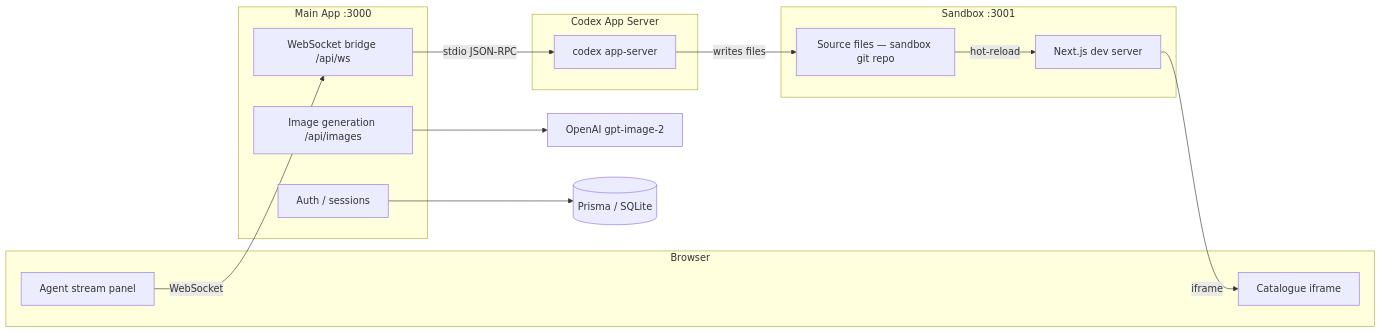
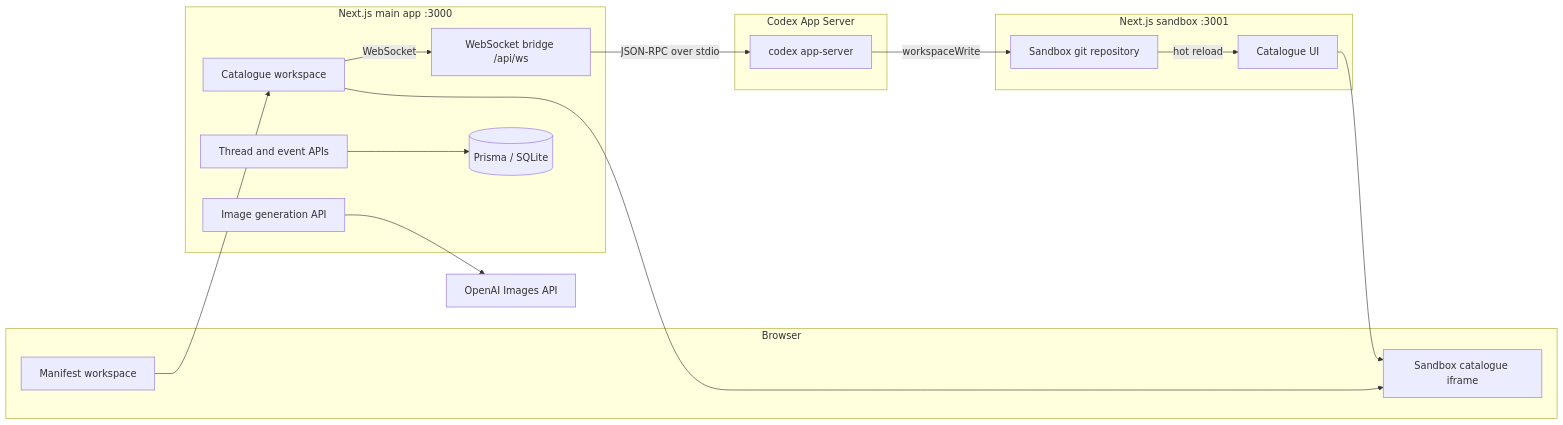
Before and after one commit to sthwaites/manifest: the diagram in ARCHITECTURE.md, drawn with Mermaid. The commit also changed other lines of this file and 3 other files, not shown here.

Commit message:
docs: document manifest as an open source project

````diff
--- a/ARCHITECTURE.md
+++ b/ARCHITECTURE.md
@@ -25,26 +5,31 @@
 ```mermaid
 graph LR
   subgraph Browser
-    A[Catalogue iframe]
-    B[Agent stream panel]
+    A[Manifest workspace]
+    B[Sandbox catalogue iframe]
   end
-  subgraph MainApp[Main App :3000]
-    C[WebSocket bridge /api/ws]
-    D[Auth / sessions]
-    E[Image generation /api/images]
+  subgraph MainApp[Next.js main app :3000]
+    C[Catalogue workspace]
+    D[WebSocket bridge /api/ws]
+    E[Thread and event APIs]
+    F[Image generation API]
+    G[(Prisma / SQLite)]
   end
-  subgraph CodexAS[Codex App Server]
-    F[codex app-server]
+  subgraph AppServer[Codex App Server]
+    H[codex app-server]
   end
-  subgraph Sandbox[Sandbox :3001]
-    G[Next.js dev server]
-    H[Source files — sandbox git repo]
+  subgraph Sandbox[Next.js sandbox :3001]
+    I[Catalogue UI]
+    J[Sandbox git repository]
   end
-  B -- WebSocket --> C
-  C -- stdio JSON-RPC --> F
-  F -- writes files --> H
-  H -- hot-reload --> G
-  G -- iframe --> A
-  E --> I[OpenAI gpt-image-2]
-  D --> J[(Prisma / SQLite)]
+
+  A --> C
+  C --> B
+  C -- WebSocket --> D
+  D -- JSON-RPC over stdio --> H
+  H -- workspaceWrite --> J
+  J -- hot reload --> I
+  I --> B
+  E --> G
+  F --> K[OpenAI Images API]
 ```
````
